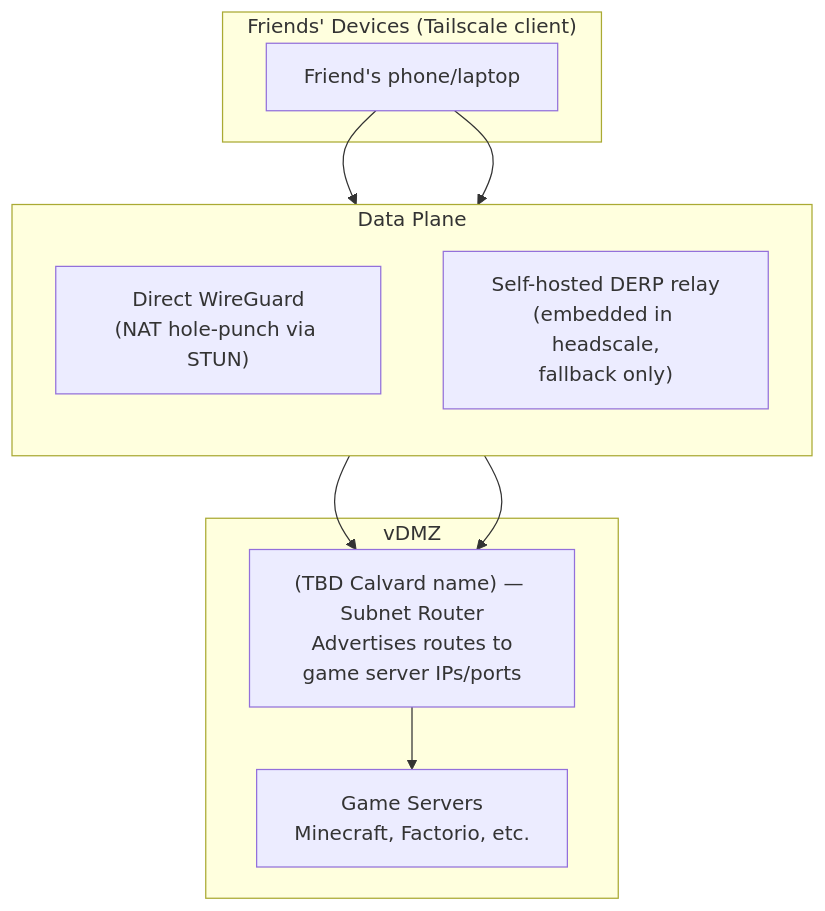
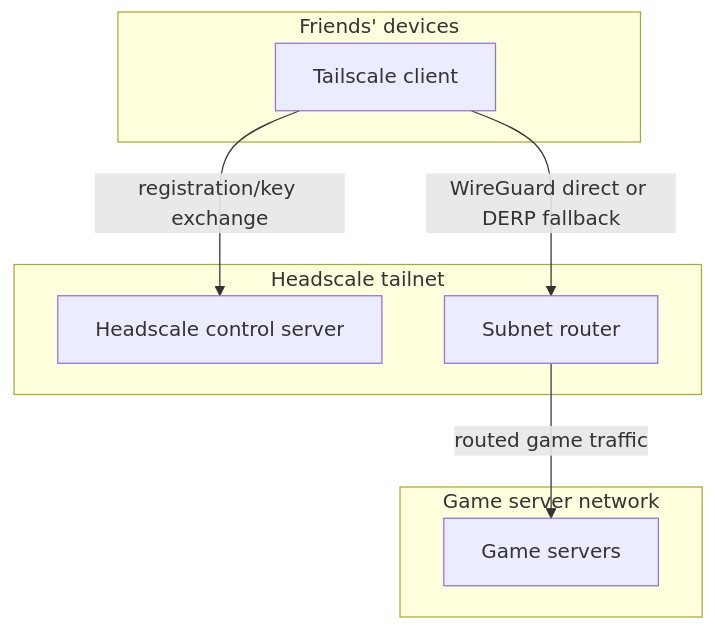
One commit to mutantmell/dotfiles changed the diagram in llm-notes/plans/headscale-integration-plan.md. Above: the diagram before and after it, drawn with Mermaid. The commit also changed other lines of this file and 57 other files, not shown here.

````diff
--- a/llm-notes/plans/headscale-integration-plan.md
+++ b/llm-notes/plans/headscale-integration-plan.md
@@ -68,21 +56,19 @@
 ```mermaid
 flowchart TB
-    subgraph friends["Friends' Devices (Tailscale client)"]
-        F["Friend's phone/laptop"]
+    subgraph friends["Friends' devices"]
+        F["Tailscale client"]
     end
 
-    subgraph dataplane["Data Plane"]
-        direction TB
-        Direct["Direct WireGuard\n(NAT hole-punch via STUN)"]
-        DERP["Self-hosted DERP relay\n(embedded in headscale,\nfallback only)"]
+    subgraph tailnet["Headscale tailnet"]
+        HS["Headscale control server"]
+        SR["Subnet router"]
     end
 
-    subgraph vdmz["vDMZ"]
-        SubnetRouter["(TBD Calvard name) — Subnet Router\nAdvertises routes to\ngame server IPs/ports"]
-        GS["Game Servers\nMinecraft, Factorio, etc."]
+    subgraph gamezone["Game server network"]
+        GS["Game servers"]
     end
 
-    F --> Direct & DERP
-    Direct & DERP --> SubnetRouter
-    SubnetRouter --> GS
+    F -->|registration/key exchange| HS
+    F -->|WireGuard direct or DERP fallback| SR
+    SR -->|routed game traffic| GS
 ```
````
